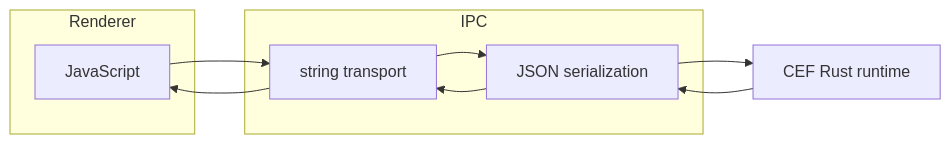
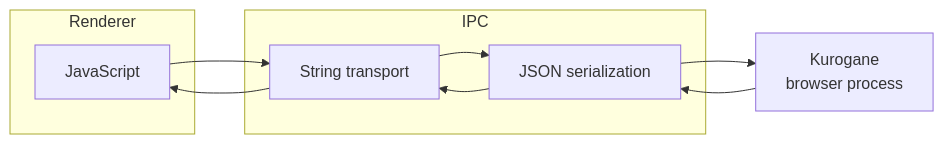
One commit to 0x48piraj/kurogane changed the first of 2 diagrams in ARCHITECTURE.md. Above: the diagram before and after it, drawn with Mermaid. The commit also changed other lines of this file and 5 other files, not shown here.

````diff
--- a/ARCHITECTURE.md
+++ b/ARCHITECTURE.md
@@ -60,21 +141,21 @@
 ```mermaid
 flowchart LR
     subgraph Renderer
         JS[JavaScript]
     end
 
     subgraph IPC
-        STR[string transport]
+        STR[String transport]
         JSON[JSON serialization]
     end
 
-    RUST["CEF Rust runtime"]
+    K["Kurogane<br/>browser process"]
 
     JS --> STR
     STR --> JSON
-    JSON --> RUST["CEF Rust runtime"]
+    JSON --> K
 
-    RUST --> JSON
+    K --> JSON
     JSON --> STR
     STR --> JS
 ```
````
